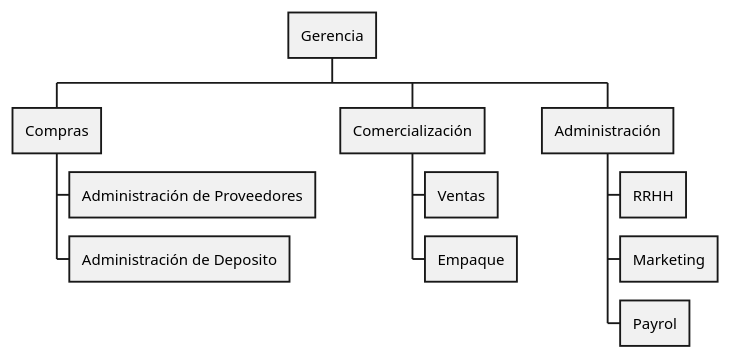
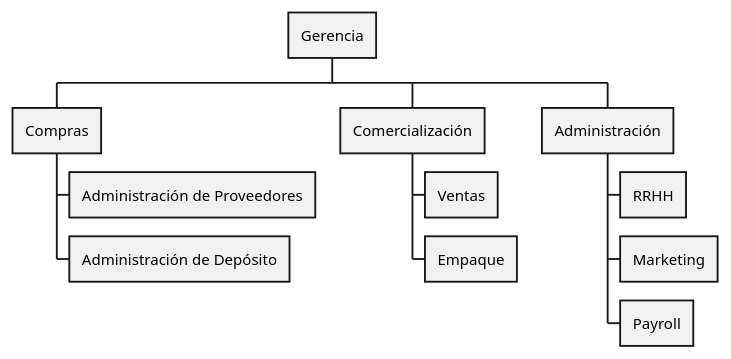
Before and after one commit to HJMORAIS/MSI: the diagram in docs/practica/el_algarrobo/diagrams/organigrama.puml, drawn with PlantUML. The commit also changed 14 other files, not shown here.

```diff
--- a/docs/practica/el_algarrobo/diagrams/organigrama.puml
+++ b/docs/practica/el_algarrobo/diagrams/organigrama.puml
@@ -1,15 +1,15 @@
 @startwbs
 
 * Gerencia
 ** Compras
 *** Administración de Proveedores
-*** Administración de Deposito
+*** Administración de Depósito
 ** Comercialización
 *** Ventas
 *** Empaque
 ** Administración
 *** RRHH
 *** Marketing
-*** Payrol
+*** Payroll
 
 @endwbs
```
